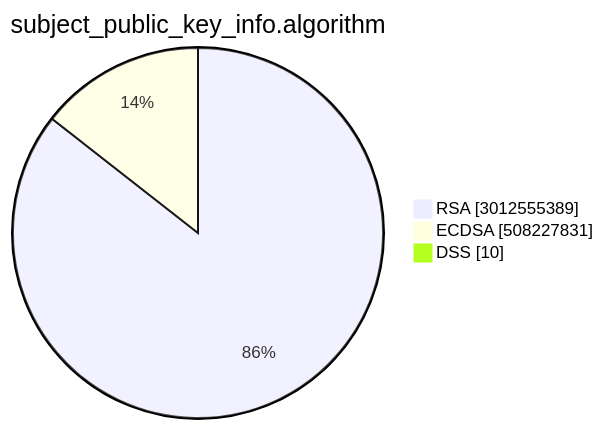
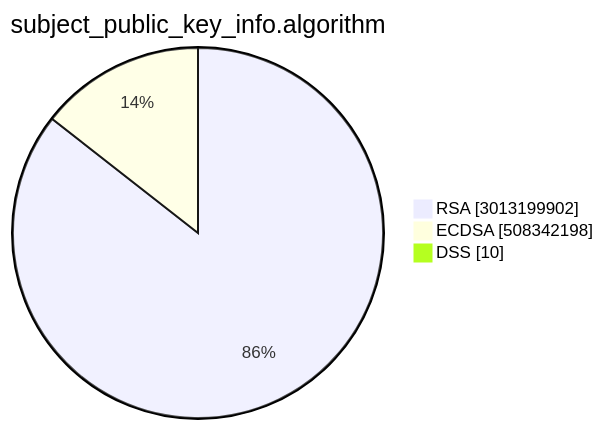
One commit to christiankrug/ctmonitor_visualization changed the second of 15 diagrams in TOTAL/README.md. Above: the diagram before and after it, drawn with Mermaid. The commit also changed other lines of this file, not shown here.

````diff
--- a/TOTAL/README.md
+++ b/TOTAL/README.md
@@ -6,7 +6,7 @@
 ```mermaid
 pie showData
 title subject_public_key_info.algorithm
-"RSA" :3012555389
-"ECDSA" :508227831
+"RSA" :3013199902
+"ECDSA" :508342198
 "DSS" :10
 ```
````
